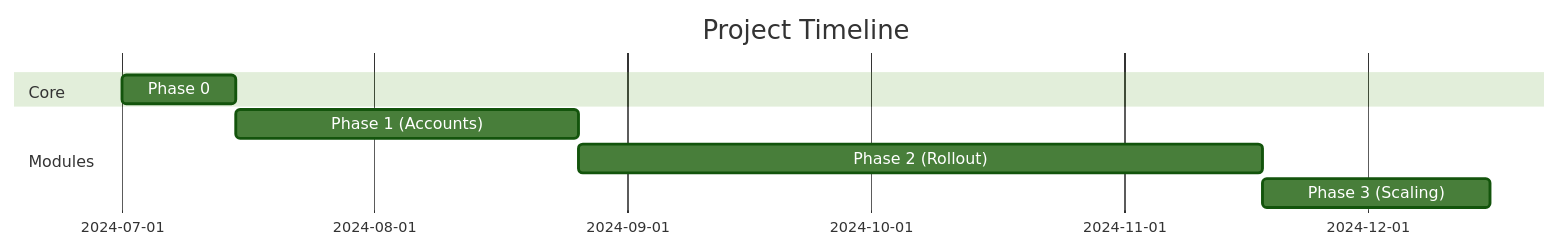
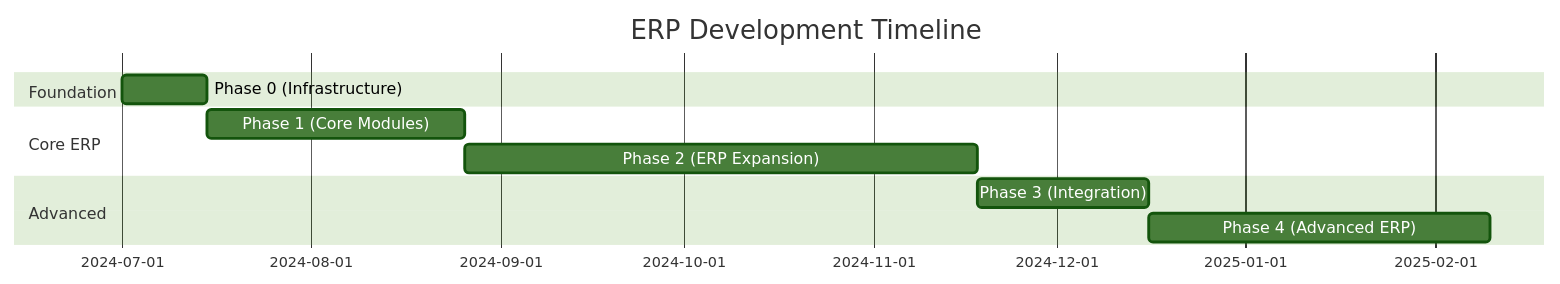
One commit to thenewadeel/hrm-laravel-base changed the diagram in docs/project plan.md. Above: the diagram before and after it, drawn with Mermaid (forest theme). The commit also changed other lines of this file and 15 other files, not shown here.

````diff
--- a/docs/project plan.md
+++ b/docs/project plan.md
@@ -98,11 +175,13 @@
 ```mermaid
 gantt
-    title Project Timeline
+    title ERP Development Timeline
     dateFormat  YYYY-MM-DD
-    section Core
-    Phase 0           :a1, 2024-07-01, 14d
-    section Modules
-    Phase 1 (Accounts) :a2, after a1, 42d
-    Phase 2 (Rollout)  :a3, after a2, 84d
-    Phase 3 (Scaling)  :a4, after a3, 28d
+    section Foundation
+    Phase 0 (Infrastructure) :a1, 2024-07-01, 14d
+    section Core ERP
+    Phase 1 (Core Modules)   :a2, after a1, 42d
+    Phase 2 (ERP Expansion)  :a3, after a2, 84d
+    section Advanced
+    Phase 3 (Integration)    :a4, after a3, 28d
+    Phase 4 (Advanced ERP)   :a5, after a4, 56d
 ```
````
